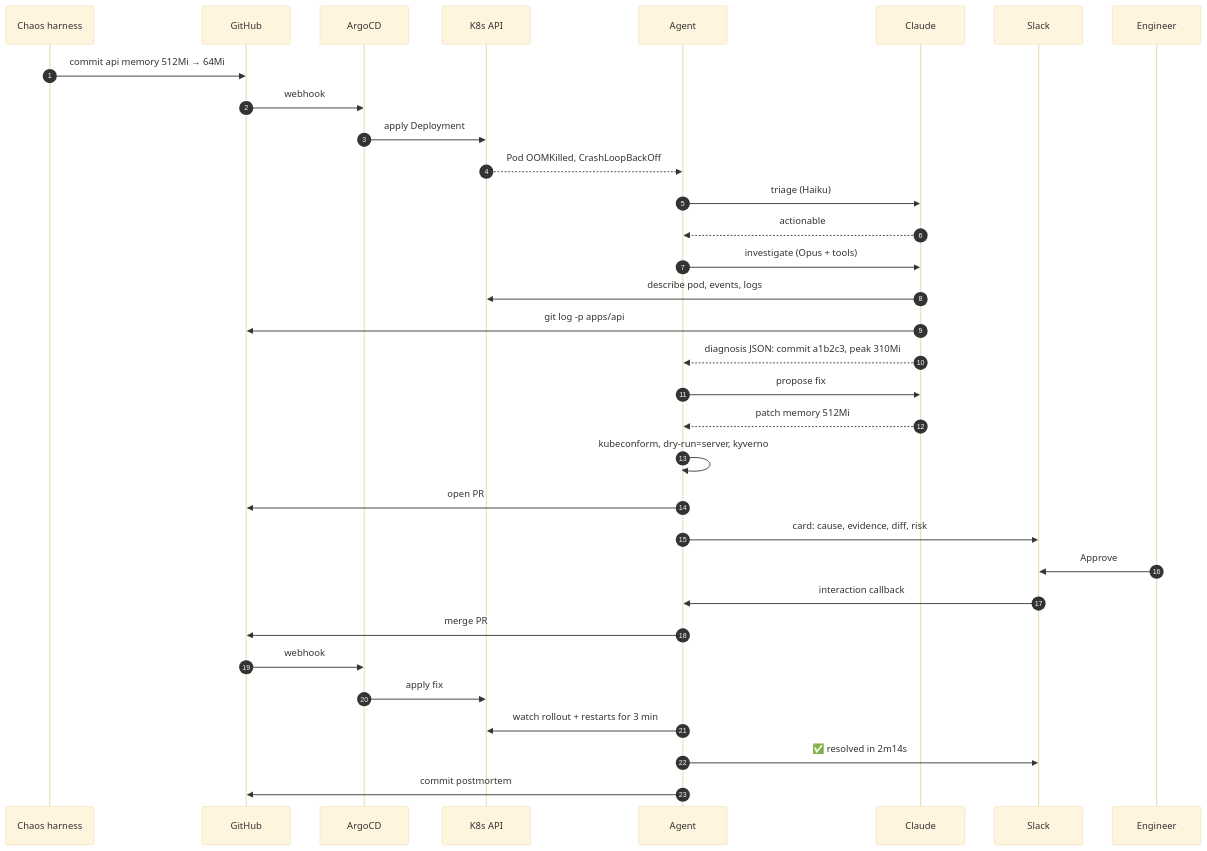
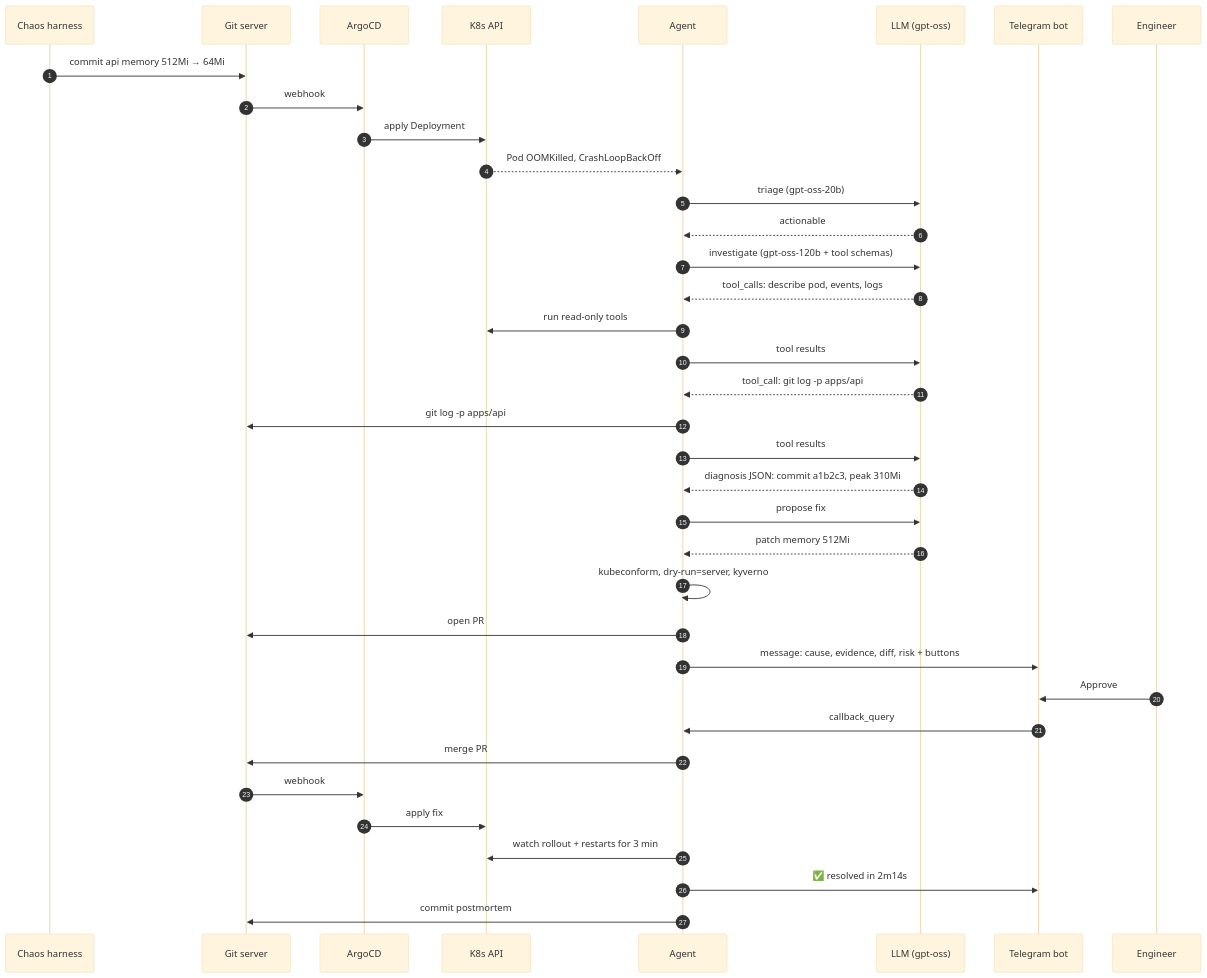
Before and after one commit to RaniGiterman/devon: the third of 3 diagrams in design/diagrams.md, drawn with Mermaid (base theme). The commit also changed other lines of this file and 3 other files, not shown here.

First line of the commit message:
docs: switch to Telegram approvals and gpt-oss via Groq/Ollama

````diff
--- a/design/diagrams.md
+++ b/design/diagrams.md
@@ -76,35 +80,39 @@
 ```mermaid
 sequenceDiagram
   autonumber
   participant C as Chaos harness
-  participant G as GitHub
+  participant G as Git server
   participant A as ArgoCD
   participant K as K8s API
   participant W as Agent
-  participant L as Claude
-  participant S as Slack
+  participant L as LLM (gpt-oss)
+  participant T as Telegram bot
   participant E as Engineer
   C->>G: commit api memory 512Mi → 64Mi
   G->>A: webhook
   A->>K: apply Deployment
   K-->>W: Pod OOMKilled, CrashLoopBackOff
-  W->>L: triage (Haiku)
+  W->>L: triage (gpt-oss-20b)
   L-->>W: actionable
-  W->>L: investigate (Opus + tools)
-  L->>K: describe pod, events, logs
-  L->>G: git log -p apps/api
+  W->>L: investigate (gpt-oss-120b + tool schemas)
+  L-->>W: tool_calls: describe pod, events, logs
+  W->>K: run read-only tools
+  W->>L: tool results
+  L-->>W: tool_call: git log -p apps/api
+  W->>G: git log -p apps/api
+  W->>L: tool results
   L-->>W: diagnosis JSON: commit a1b2c3, peak 310Mi
   W->>L: propose fix
   L-->>W: patch memory 512Mi
   W->>W: kubeconform, dry-run=server, kyverno
   W->>G: open PR #42
-  W->>S: card: cause, evidence, diff, risk
-  E->>S: Approve
-  S->>W: interaction callback
+  W->>T: message: cause, evidence, diff, risk + buttons
+  E->>T: Approve
+  T->>W: callback_query
   W->>G: merge PR #42
   G->>A: webhook
   A->>K: apply fix
   W->>K: watch rollout + restarts for 3 min
-  W->>S: ✅ resolved in 2m14s
+  W->>T: ✅ resolved in 2m14s
   W->>G: commit postmortem
 ```
````
